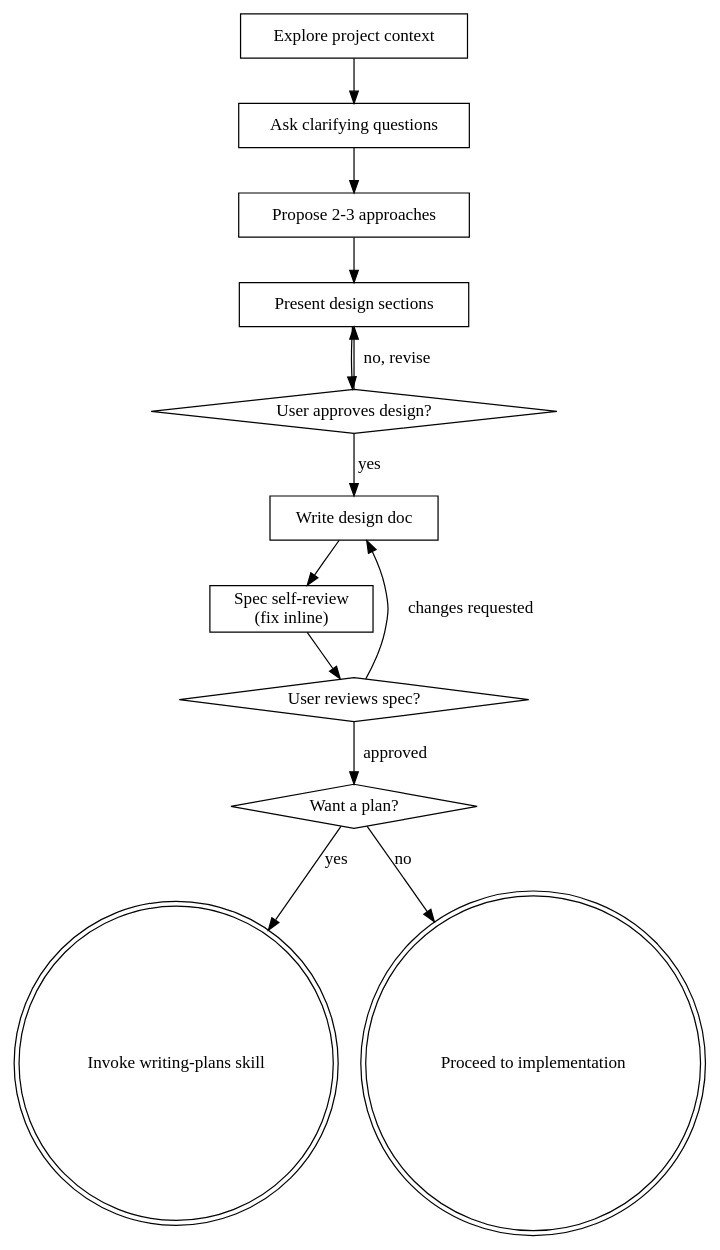
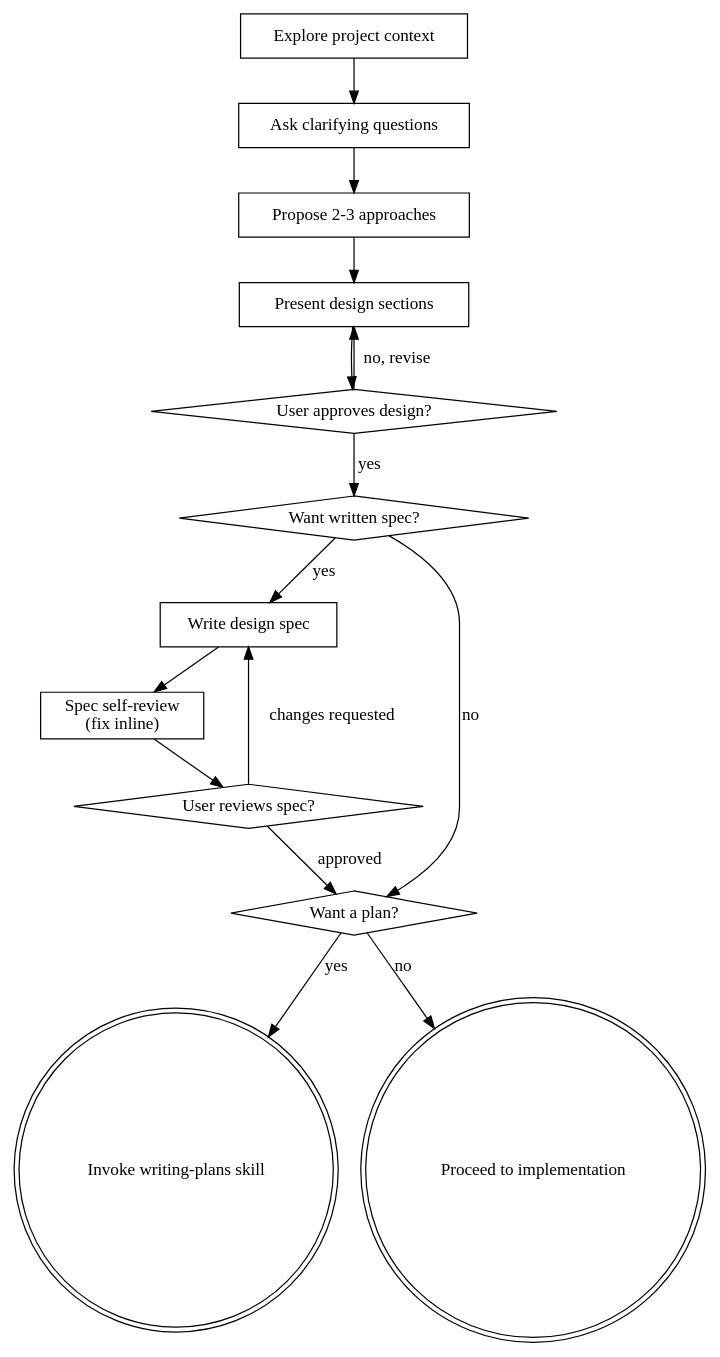
The diagram in configs/agents/skills/brainstorming/SKILL.md (Ehrax/dotfiles), drawn with Graphviz before and after one commit. The commit also changed other lines of this file and 4 other files, not shown here.

````diff
--- a/configs/agents/skills/brainstorming/SKILL.md
+++ b/configs/agents/skills/brainstorming/SKILL.md
@@ -35,28 +35,31 @@
 ```dot
 digraph brainstorming {
     "Explore project context" [shape=box];
     "Ask clarifying questions" [shape=box];
     "Propose 2-3 approaches" [shape=box];
     "Present design sections" [shape=box];
     "User approves design?" [shape=diamond];
-    "Write design doc" [shape=box];
+    "Want written spec?" [shape=diamond];
+    "Write design spec" [shape=box];
     "Spec self-review\n(fix inline)" [shape=box];
     "User reviews spec?" [shape=diamond];
+    "Want a plan?" [shape=diamond];
     "Invoke writing-plans skill" [shape=doublecircle];
+    "Proceed to implementation" [shape=doublecircle];
 
     "Explore project context" -> "Ask clarifying questions";
     "Ask clarifying questions" -> "Propose 2-3 approaches";
     "Propose 2-3 approaches" -> "Present design sections";
     "Present design sections" -> "User approves design?";
     "User approves design?" -> "Present design sections" [label="no, revise"];
-    "User approves design?" -> "Write design doc" [label="yes"];
-    "Write design doc" -> "Spec self-review\n(fix inline)";
+    "User approves design?" -> "Want written spec?" [label="yes"];
+    "Want written spec?" -> "Write design spec" [label="yes"];
+    "Want written spec?" -> "Want a plan?" [label="no"];
+    "Write design spec" -> "Spec self-review\n(fix inline)";
     "Spec self-review\n(fix inline)" -> "User reviews spec?";
-    "User reviews spec?" -> "Write design doc" [label="changes requested"];
+    "User reviews spec?" -> "Write design spec" [label="changes requested"];
     "User reviews spec?" -> "Want a plan?" [label="approved"];
-    "Want a plan?" [shape=diamond];
     "Want a plan?" -> "Invoke writing-plans skill" [label="yes"];
     "Want a plan?" -> "Proceed to implementation" [label="no"];
-    "Proceed to implementation" [shape=doublecircle];
 }
 ```
````
